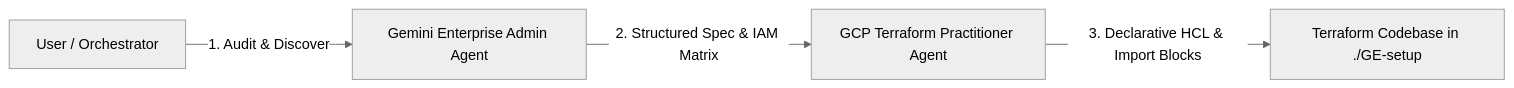
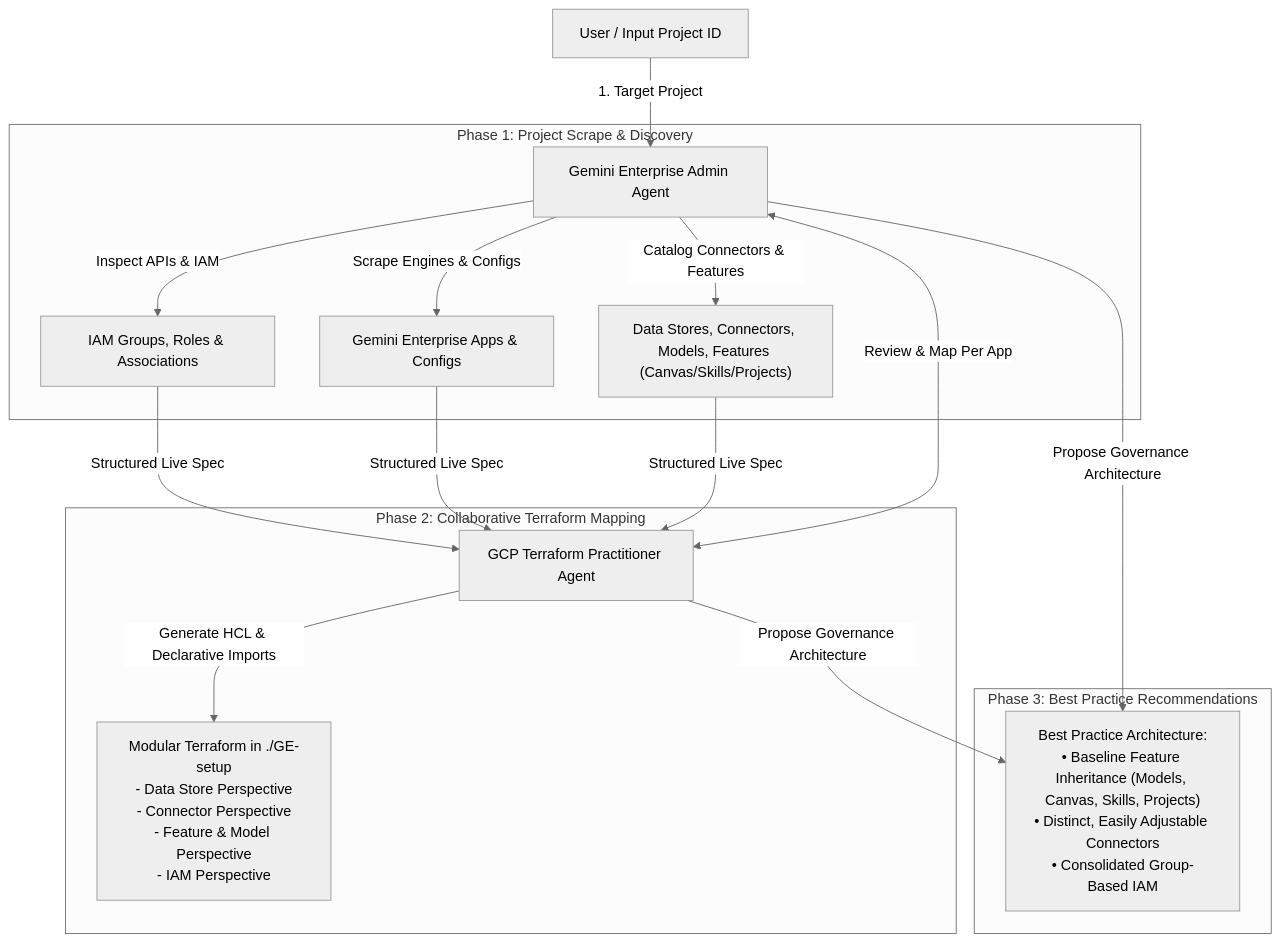
One commit to tripplerizz/Gemini-Enterprise-Sample-TF changed the diagram in README.md. Above: the diagram before and after it, drawn with Mermaid (neutral theme). The commit also changed other lines of this file, not shown here.

````diff
--- a/README.md
+++ b/README.md
@@ -86,6 +48,20 @@
 ```mermaid
-flowchart LR
-    User[User / Orchestrator] -->|1. Audit & Discover| Admin[Gemini Enterprise Admin Agent]
-    Admin -->|2. Structured Spec & IAM Matrix| Practitioner[GCP Terraform Practitioner Agent]
-    Practitioner -->|3. Declarative HCL & Import Blocks| Codebase[Terraform Codebase in ./GE-setup]
+flowchart TD
+    User[User / Input Project ID] -->|1. Target Project| Admin[Gemini Enterprise Admin Agent]
+    
+    subgraph Phase1["Phase 1: Project Scrape & Discovery"]
+        Admin -->|Inspect APIs & IAM| IAM["IAM Groups, Roles & Associations"]
+        Admin -->|Scrape Engines & Configs| Apps["Gemini Enterprise Apps & Configs"]
+        Admin -->|Catalog Connectors & Features| Resources["Data Stores, Connectors, Models, Features (Canvas/Skills/Projects)"]
+    end
+
+    subgraph Phase2["Phase 2: Collaborative Terraform Mapping"]
+        IAM & Apps & Resources -->|Structured Live Spec| Practitioner[GCP Terraform Practitioner Agent]
+        Admin <-->|Review & Map Per App| Practitioner
+        Practitioner -->|Generate HCL & Declarative Imports| TFCode["Modular Terraform in ./GE-setup\n- Data Store Perspective\n- Connector Perspective\n- Feature & Model Perspective\n- IAM Perspective"]
+    end
+
+    subgraph Phase3["Phase 3: Best Practice Recommendations"]
+        Practitioner & Admin -->|Propose Governance Architecture| BestPractices["Best Practice Architecture:\n• Baseline Feature Inheritance (Models, Canvas, Skills, Projects)\n• Distinct, Easily Adjustable Connectors\n• Consolidated Group-Based IAM"]
+    end
 ```
````
